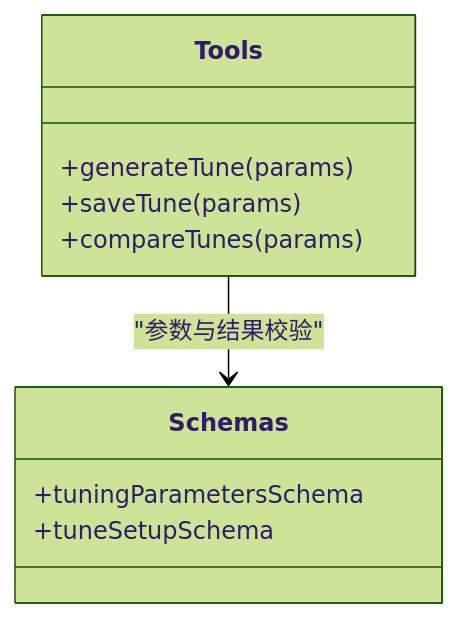
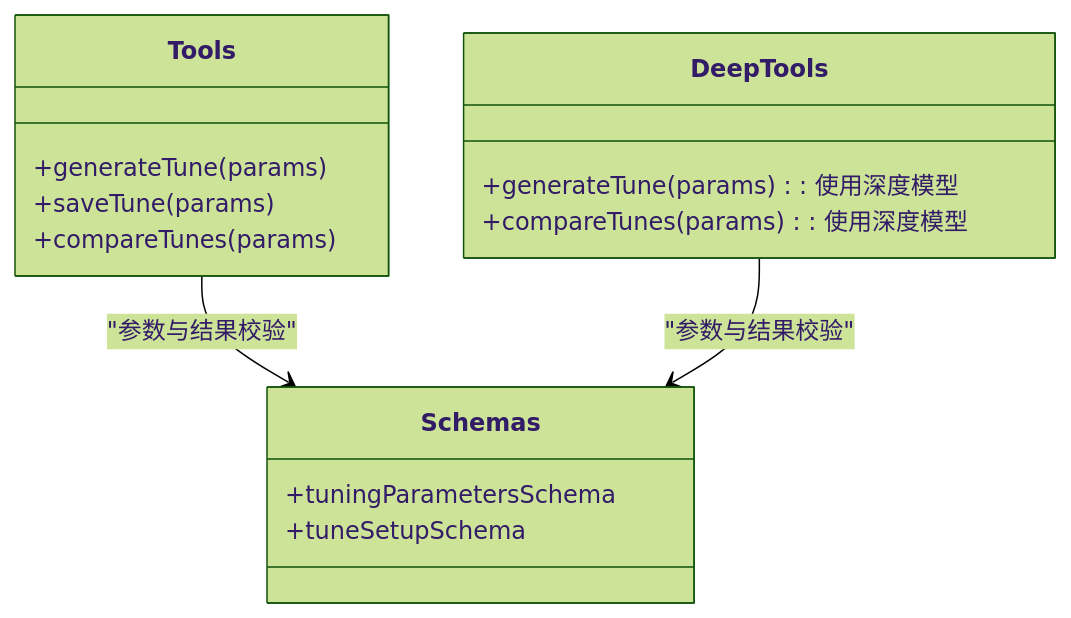
Before and after one commit to aHin0805/FH6CarSettingAgent: the seventh of 8 diagrams in .qoder/repowiki/zh/content/AI集成模块/AI提供商配置.md, drawn with Mermaid (forest theme). The commit also changed other lines of this file and 59 other files, not shown here.

````diff
--- a/.qoder/repowiki/zh/content/AI集成模块/AI提供商配置.md
+++ b/.qoder/repowiki/zh/content/AI集成模块/AI提供商配置.md
@@ -191,13 +269,18 @@
 ```mermaid
 classDiagram
 class Tools {
 +generateTune(params)
 +saveTune(params)
 +compareTunes(params)
 }
+class DeepTools {
++generateTune(params) : 使用深度模型
++compareTunes(params) : 使用深度模型
+}
 class Schemas {
 +tuningParametersSchema
 +tuneSetupSchema
 }
 Tools --> Schemas : "参数与结果校验"
+DeepTools --> Schemas : "参数与结果校验"
 ```
````
